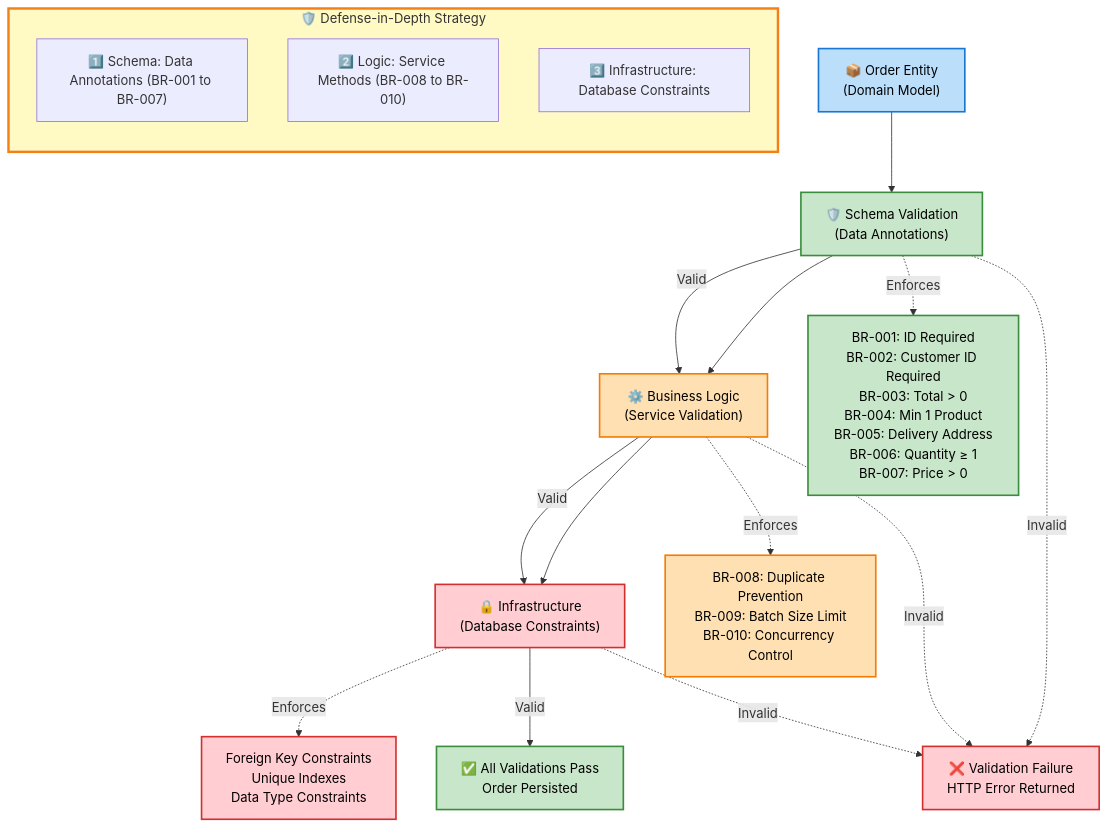
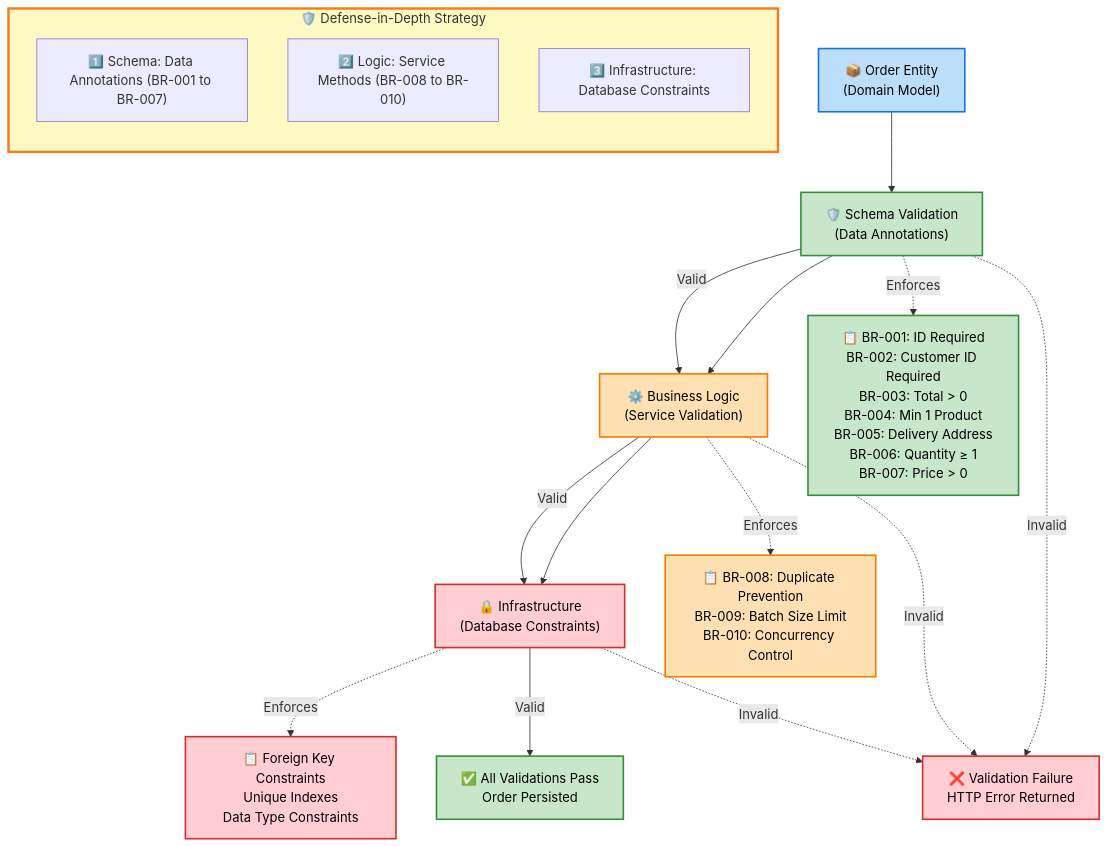
One commit to Evilazaro/Azure-LogicApps-Monitoring changed the fifth of 6 diagrams in docs/architecture/Business-Layer-Architecture-v2.1.md. Above: the diagram before and after it, drawn with Mermaid.

Commit message:
docs: enhance business rules schema with icons for better clarity

````diff
--- a/docs/architecture/Business-Layer-Architecture-v2.1.md
+++ b/docs/architecture/Business-Layer-Architecture-v2.1.md
@@ -1089,50 +1089,50 @@
 ```mermaid
 flowchart TB
     accTitle: Business Rules Enforcement Architecture
     accDescr: Shows multi-layered defense-in-depth validation strategy with rule enforcement at schema, logic, and infrastructure layers
 
     classDef mdBlue fill:#BBDEFB,stroke:#1976D2,stroke-width:2px,color:#000
     classDef mdGreen fill:#C8E6C9,stroke:#388E3C,stroke-width:2px,color:#000
     classDef mdOrange fill:#FFE0B2,stroke:#F57C00,stroke-width:2px,color:#000
     classDef mdRed fill:#FFCDD2,stroke:#D32F2F,stroke-width:2px,color:#000
 
     order["📦 Order Entity<br/>(Domain Model)"]:::mdBlue
 
     layer1["🛡️ Schema Validation<br/>(Data Annotations)"]:::mdGreen
     layer2["⚙️ Business Logic<br/>(Service Validation)"]:::mdOrange
     layer3["🔒 Infrastructure<br/>(Database Constraints)"]:::mdRed
 
-    br_schema["BR-001: ID Required<br/>BR-002: Customer ID Required<br/>BR-003: Total > 0<br/>BR-004: Min 1 Product<br/>BR-005: Delivery Address<br/>BR-006: Quantity ≥ 1<br/>BR-007: Price > 0"]:::mdGreen
+    br_schema["📋 BR-001: ID Required<br/>BR-002: Customer ID Required<br/>BR-003: Total > 0<br/>BR-004: Min 1 Product<br/>BR-005: Delivery Address<br/>BR-006: Quantity ≥ 1<br/>BR-007: Price > 0"]:::mdGreen
 
-    br_logic["BR-008: Duplicate Prevention<br/>BR-009: Batch Size Limit<br/>BR-010: Concurrency Control"]:::mdOrange
+    br_logic["📋 BR-008: Duplicate Prevention<br/>BR-009: Batch Size Limit<br/>BR-010: Concurrency Control"]:::mdOrange
 
-    br_infra["Foreign Key Constraints<br/>Unique Indexes<br/>Data Type Constraints"]:::mdRed
+    br_infra["📋 Foreign Key Constraints<br/>Unique Indexes<br/>Data Type Constraints"]:::mdRed
 
     order --> layer1
     layer1 --> layer2
     layer2 --> layer3
 
     layer1 -.->|"Enforces"| br_schema
     layer2 -.->|"Enforces"| br_logic
     layer3 -.->|"Enforces"| br_infra
 
     pass["✅ All Validations Pass<br/>Order Persisted"]:::mdGreen
     fail["❌ Validation Failure<br/>HTTP Error Returned"]:::mdRed
 
     layer1 -->|"Valid"| layer2
     layer2 -->|"Valid"| layer3
     layer3 -->|"Valid"| pass
 
     layer1 -.->|"Invalid"| fail
     layer2 -.->|"Invalid"| fail
     layer3 -.->|"Invalid"| fail
 
     subgraph legend["🛡️ Defense-in-Depth Strategy"]
         direction TB
         e1["1️⃣ Schema: Data Annotations (BR-001 to BR-007)"]
         e2["2️⃣ Logic: Service Methods (BR-008 to BR-010)"]
         e3["3️⃣ Infrastructure: Database Constraints"]
     end
 
     style legend fill:#FFF9C4,stroke:#F57F17,stroke-width:3px
 ```
````
